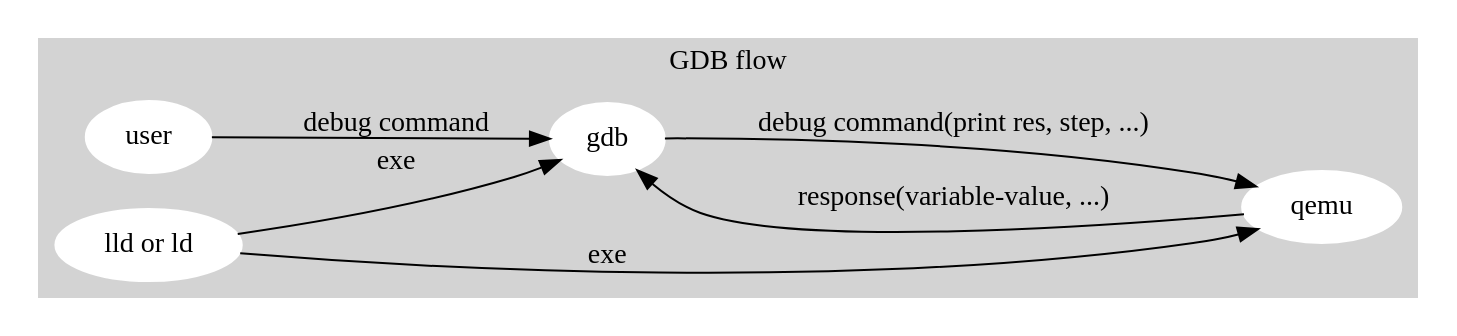
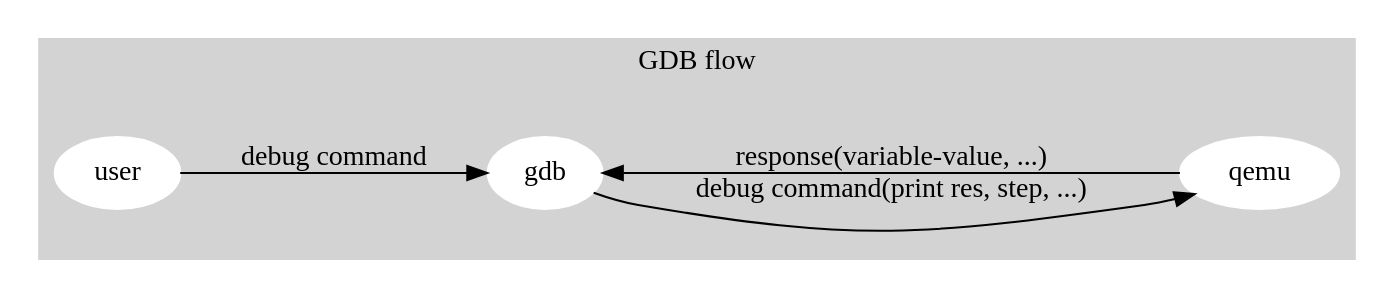
The diagram in Fig/riscv/gdb.gv (Jonathan2251/lbt), drawn with Graphviz before and after one commit. The commit also changed 72 other files, not shown here.

```diff
--- a/Fig/riscv/gdb.gv
+++ b/Fig/riscv/gdb.gv
@@ -1,18 +1,18 @@
 digraph G {
 
   rankdir=LR;
   subgraph cluster_0 {
     style=filled;
     color=lightgrey;
     label = "GDB flow";
     node [style=filled,color=white]; user, gdb;
-    node [style=filled,color=white]; linker [label = "lld or ld"];
+//    node [style=filled,color=white]; linker [label = "lld or ld"];
     node [style=filled,color=white]; simulator [label = "qemu "];
-    linker -> simulator [ label = "exe" ];
-    linker -> gdb [ label = "exe" ];
+//    linker -> simulator [ label = "exe" ];
+//    linker -> gdb [ label = "exe" ];
     user -> gdb [label = "debug command"];
     gdb -> simulator [label = "debug command(print res, step, ...)"];
     simulator -> gdb [label = "response(variable-value, ...)"];
   }
 
 }
```
